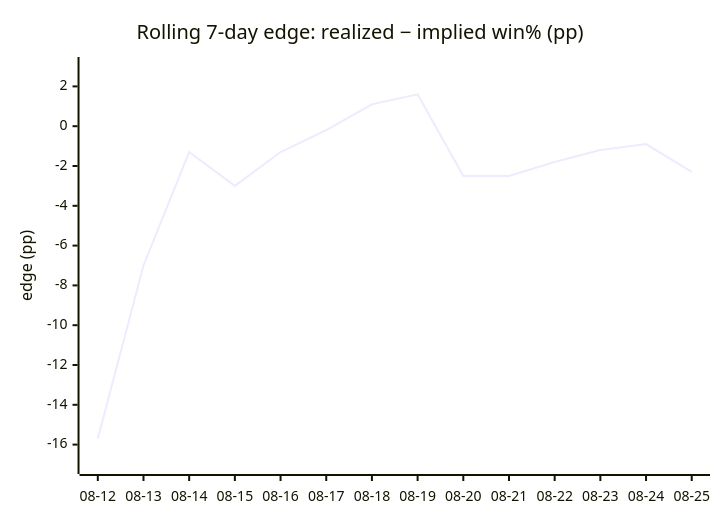
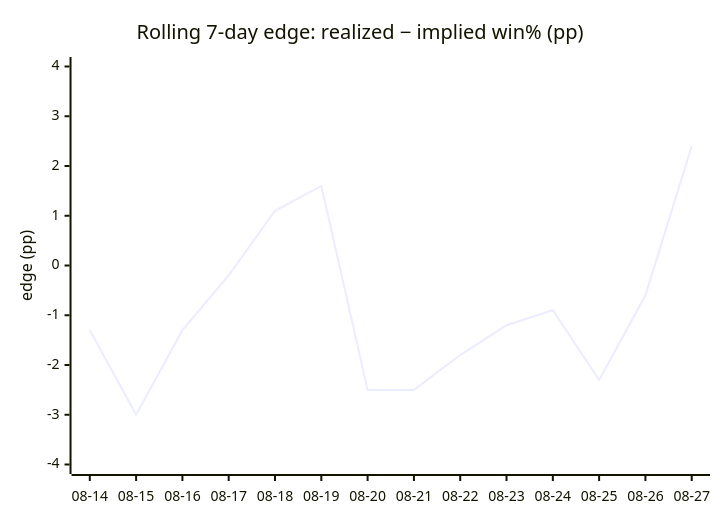
Before and after one commit to dpk1212/nhl-savant: the fourth of 4 diagrams in DAILY_AGSU_REPORT.md, drawn with Mermaid. The commit also changed other lines of this file, not shown here.

````diff
--- a/DAILY_AGSU_REPORT.md
+++ b/DAILY_AGSU_REPORT.md
@@ -847,7 +842,7 @@
 ```mermaid
 xychart-beta
     title "Rolling 7-day edge: realized − implied win% (pp)"
-    x-axis ["08-12", "08-13", "08-14", "08-15", "08-16", "08-17", "08-18", "08-19", "08-20", "08-21", "08-22", "08-23", "08-24", "08-25"]
-    y-axis "edge (pp)" -17 --> 3
-    line [-15.7, -7, -1.3, -3, -1.3, -0.2, 1.1, 1.6, -2.5, -2.5, -1.8, -1.2, -0.9, -2.3]
+    x-axis ["08-14", "08-15", "08-16", "08-17", "08-18", "08-19", "08-20", "08-21", "08-22", "08-23", "08-24", "08-25", "08-26", "08-27"]
+    y-axis "edge (pp)" -4 --> 4
+    line [-1.3, -3, -1.3, -0.2, 1.1, 1.6, -2.5, -2.5, -1.8, -1.2, -0.9, -2.3, -0.6, 2.4]
 ```
````
